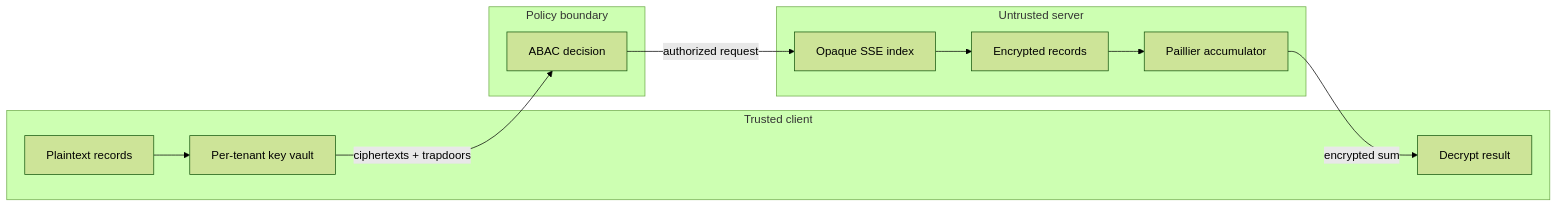
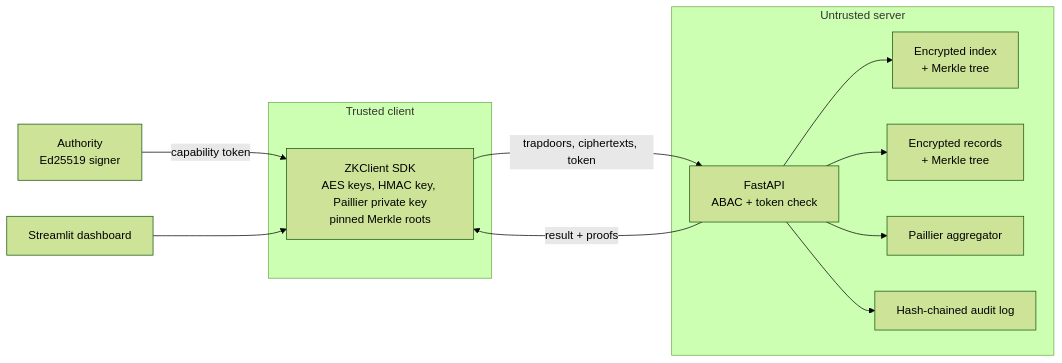
Before and after one commit to AayushCodes-28/Multi-tenant-zk-engine: the diagram in README.md, drawn with Mermaid (forest theme). The commit also changed other lines of this file and 17 other files, not shown here.

````diff
--- a/README.md
+++ b/README.md
@@ -19,22 +21,16 @@
 ```mermaid
 flowchart LR
+    A[Authority<br/>Ed25519 signer] -->|capability token| C
     subgraph Client[Trusted client]
-        P[Plaintext records]
-        K[Per-tenant key vault]
-        D[Decrypt result]
+        C[ZKClient SDK<br/>AES keys, HMAC key, Paillier private key<br/>pinned Merkle roots]
     end
-    subgraph Gate[Policy boundary]
-        A[ABAC decision]
+    C -->|trapdoors, ciphertexts, token| S
+    subgraph Server[Untrusted server]
+        S[FastAPI<br/>ABAC + token check] --> I[Encrypted index<br/>+ Merkle tree]
+        S --> R[Encrypted records<br/>+ Merkle tree]
+        S --> P[Paillier aggregator]
+        S --> L[Hash-chained audit log]
     end
-    subgraph Server[Untrusted server]
-        I[Opaque SSE index]
-        C[Encrypted records]
-        H[Paillier accumulator]
-    end
-    P --> K
-    K -->|ciphertexts + trapdoors| A
-    A -->|authorized request| I
-    I --> C
-    C --> H
-    H -->|encrypted sum| D
+    S -->|result + proofs| C
+    D[Streamlit dashboard] --> C
 ```
````
